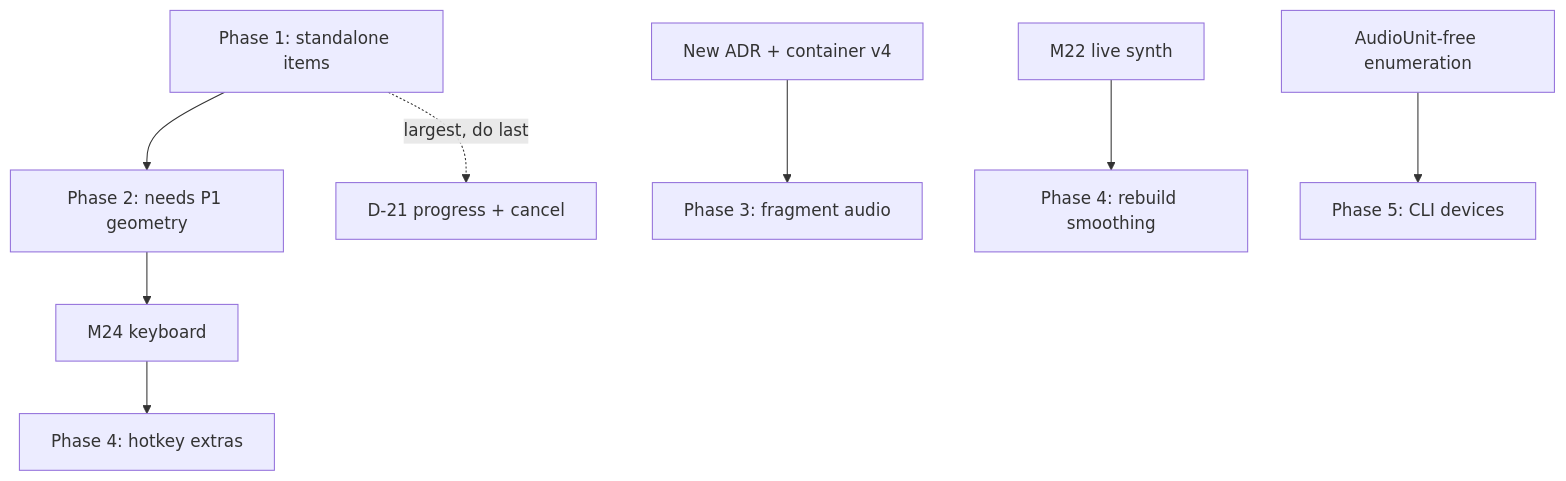
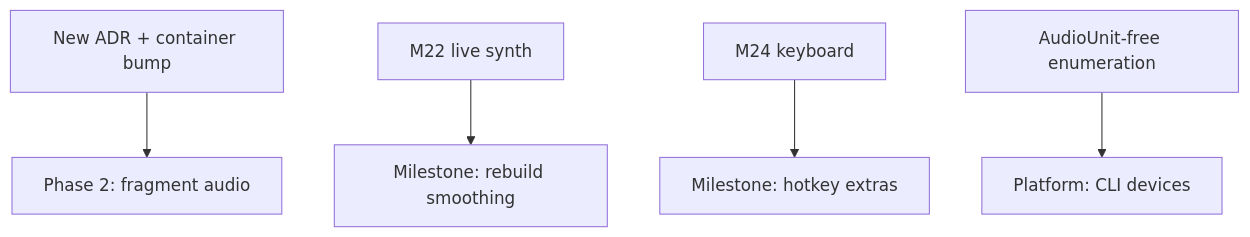
One commit to anvlkv/hey-listen changed the diagram in docs/deferred.md. Above: the diagram before and after it, drawn with Mermaid. The commit also changed other lines of this file and 179 other files, not shown here.

First line of the commit message:
Add Timeline precision, run cancellation and graph inspector

````diff
--- a/docs/deferred.md
+++ b/docs/deferred.md
@@ -97,10 +71,7 @@
 ```mermaid
 graph TD
-    P1[Phase 1: standalone items] --> P2[Phase 2: needs P1 geometry]
-    P1 -.->|largest, do last| D21[D-21 progress + cancel]
-    ADR[New ADR + container v4] --> P3[Phase 3: fragment audio]
-    M22[M22 live synth] --> P4[Phase 4: rebuild smoothing]
-    M24[M24 keyboard] --> P41[Phase 4: hotkey extras]
-    PLAT[AudioUnit-free enumeration] --> P5[Phase 5: CLI devices]
-    P2 --> M24
+    ADR[New ADR + container bump] --> P2[Phase 2: fragment audio]
+    M22[M22 live synth] --> P3[Milestone: rebuild smoothing]
+    M24[M24 keyboard] --> P31[Milestone: hotkey extras]
+    PLAT[AudioUnit-free enumeration] --> P4[Platform: CLI devices]
 ```
````
